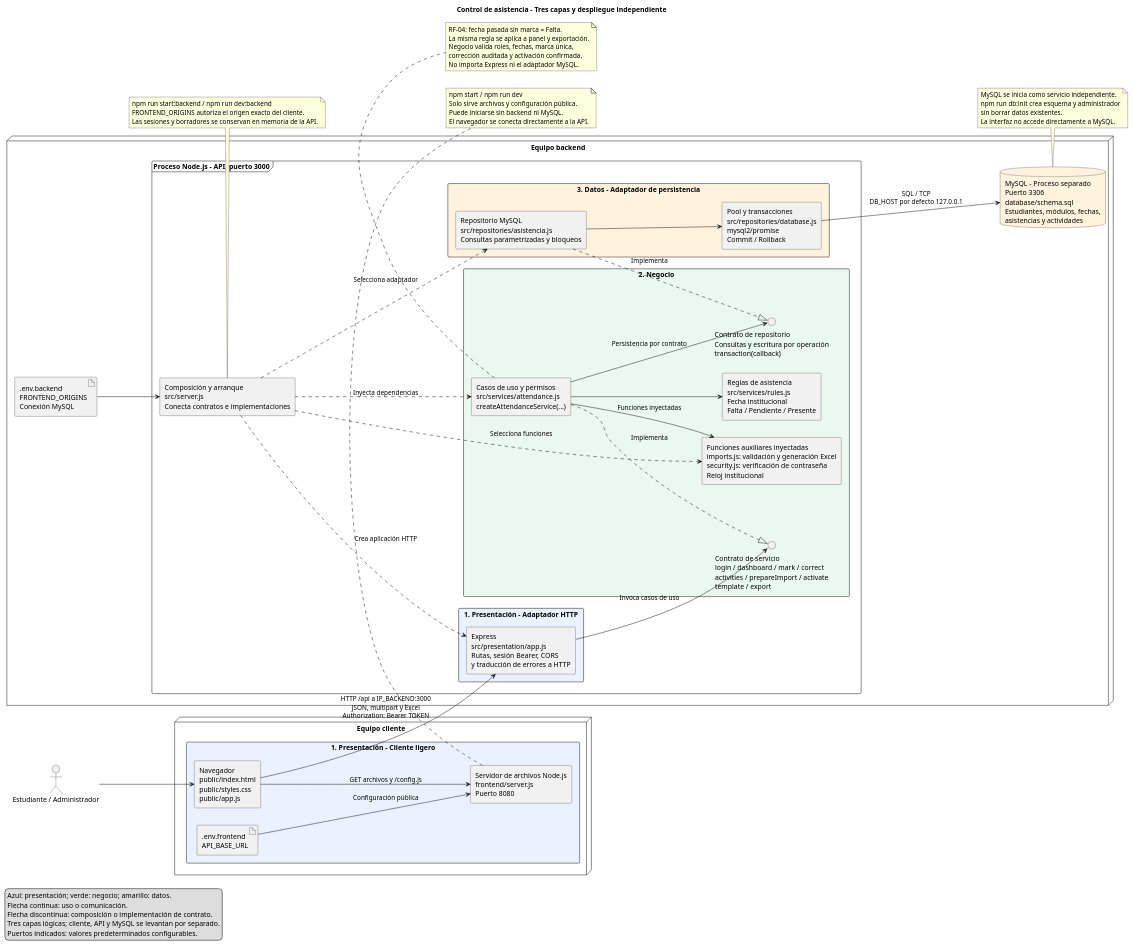
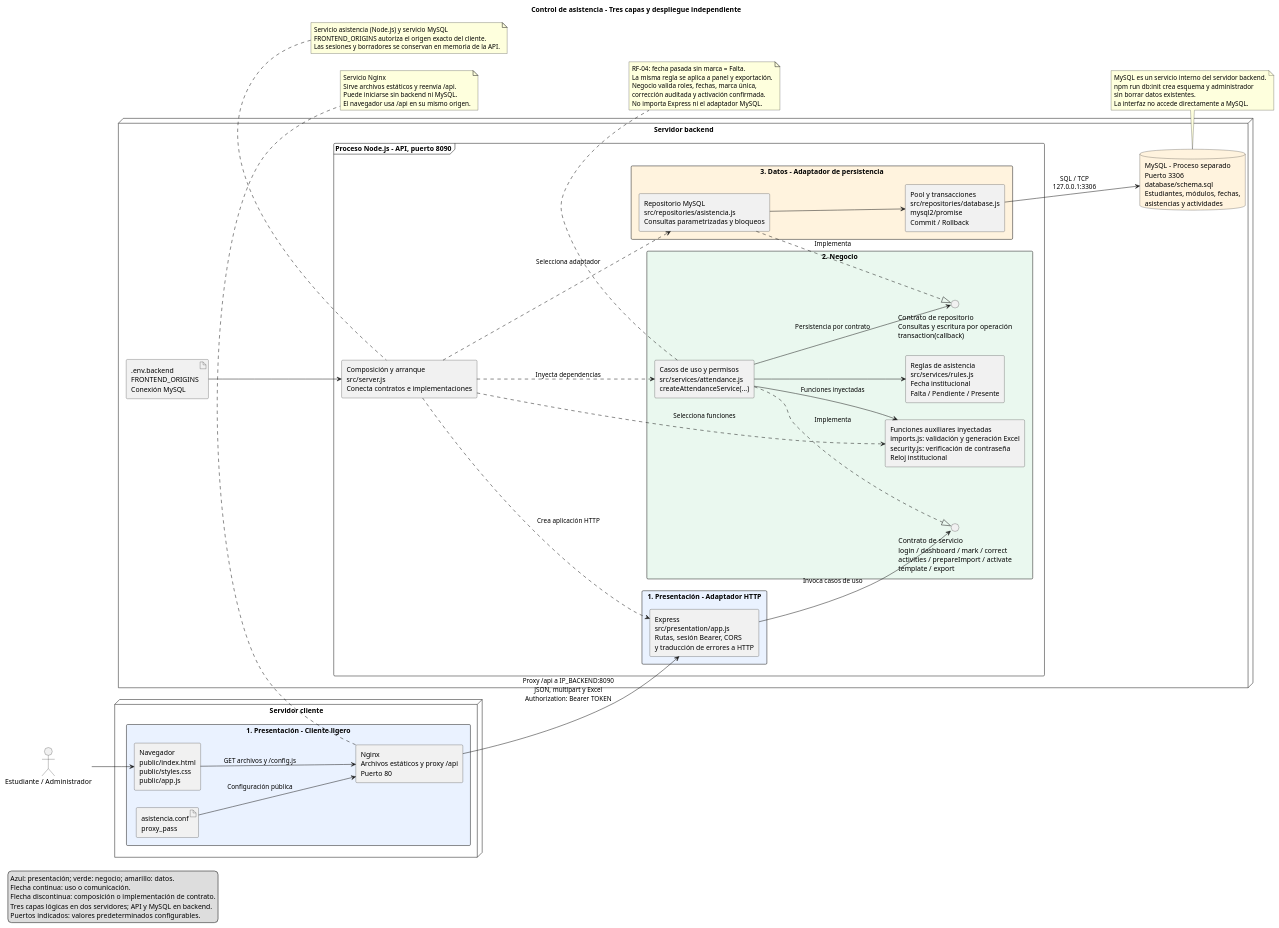
The diagram in docs/arquitectura.puml (masterkof2021/uagrm-asistencia), drawn with PlantUML before and after one commit. The commit also changed 37 other files, not shown here.

```diff
--- a/docs/arquitectura.puml
+++ b/docs/arquitectura.puml
@@ -1,99 +1,99 @@
 @startuml arquitectura
 title Control de asistencia - Tres capas y despliegue independiente
 
 left to right direction
 skinparam componentStyle rectangle
 skinparam shadowing false
 skinparam defaultFontName SansSerif
 skinparam packageStyle rectangle
 
 actor "Estudiante / Administrador" as User
 
-node "Equipo cliente" as Client {
+node "Servidor cliente" as Client {
   package "1. Presentación - Cliente ligero" #EAF2FF {
-    component "Servidor de archivos Node.js\nfrontend/server.js\nPuerto 8080" as Front
+    component "Nginx\nArchivos estáticos y proxy /api\nPuerto 80" as Front
     component "Navegador\npublic/index.html\npublic/styles.css\npublic/app.js" as Browser
-    artifact ".env.frontend\nAPI_BASE_URL" as FrontConfig
+    artifact "asistencia.conf\nproxy_pass" as FrontConfig
   }
 }
 
-node "Equipo backend" as Backend {
-  frame "Proceso Node.js - API, puerto 3000" {
+node "Servidor backend" as Backend {
+  frame "Proceso Node.js - API, puerto 8090" {
     package "1. Presentación - Adaptador HTTP" #EAF2FF {
       component "Express\nsrc/presentation/app.js\nRutas, sesión Bearer, CORS\ny traducción de errores a HTTP" as API
     }
 
     package "2. Negocio" #EAF8EF {
       interface "Contrato de servicio\nlogin / dashboard / mark / correct\nactivities / prepareImport / activate\ntemplate / export" as ServicePort
       component "Casos de uso y permisos\nsrc/services/attendance.js\ncreateAttendanceService(...)" as Service
       component "Reglas de asistencia\nsrc/services/rules.js\nFecha institucional\nFalta / Pendiente / Presente" as Rules
       interface "Contrato de repositorio\nConsultas y escritura por operación\ntransaction(callback)" as RepositoryPort
       component "Funciones auxiliares inyectadas\nimports.js: validación y generación Excel\nsecurity.js: verificación de contraseña\nReloj institucional" as Helpers
     }
 
     package "3. Datos - Adaptador de persistencia" #FFF3DE {
       component "Repositorio MySQL\nsrc/repositories/asistencia.js\nConsultas parametrizadas y bloqueos" as Repository
       component "Pool y transacciones\nsrc/repositories/database.js\nmysql2/promise\nCommit / Rollback" as Connection
     }
 
     component "Composición y arranque\nsrc/server.js\nConecta contratos e implementaciones" as Bootstrap
   }
 
   database "MySQL - Proceso separado\nPuerto 3306\ndatabase/schema.sql\nEstudiantes, módulos, fechas,\nasistencias y actividades" as DB #FFF3DE
   artifact ".env.backend\nFRONTEND_ORIGINS\nConexión MySQL" as BackendConfig
 }
 
 User --> Browser
 Browser --> Front : GET archivos y /config.js
 FrontConfig --> Front : Configuración pública
-Browser --> API : HTTP /api a IP_BACKEND:3000\nJSON, multipart y Excel\nAuthorization: Bearer TOKEN
+Front --> API : Proxy /api a IP_BACKEND:8090\nJSON, multipart y Excel\nAuthorization: Bearer TOKEN
 API --> ServicePort : Invoca casos de uso
 Service ..|> ServicePort : Implementa
 Service --> Rules
 Service --> Helpers : Funciones inyectadas
 Service --> RepositoryPort : Persistencia por contrato
 Repository ..|> RepositoryPort : Implementa
 Repository --> Connection
-Connection --> DB : SQL / TCP\nDB_HOST por defecto 127.0.0.1
+Connection --> DB : SQL / TCP\n127.0.0.1:3306
 BackendConfig --> Bootstrap
 Bootstrap ..> API : Crea aplicación HTTP
 Bootstrap ..> Service : Inyecta dependencias
 Bootstrap ..> Repository : Selecciona adaptador
 Bootstrap ..> Helpers : Selecciona funciones
 
 note bottom of Front
-  npm start / npm run dev
-  Solo sirve archivos y configuración pública.
+  Servicio Nginx
+  Sirve archivos estáticos y reenvía /api.
   Puede iniciarse sin backend ni MySQL.
-  El navegador se conecta directamente a la API.
+  El navegador usa /api en su mismo origen.
 end note
 
 note bottom of Service
   RF-04: fecha pasada sin marca = Falta.
   La misma regla se aplica a panel y exportación.
   Negocio valida roles, fechas, marca única,
   corrección auditada y activación confirmada.
   No importa Express ni el adaptador MySQL.
 end note
 
 note bottom of DB
-  MySQL se inicia como servicio independiente.
+  MySQL es un servicio interno del servidor backend.
   npm run db:init crea esquema y administrador
   sin borrar datos existentes.
   La interfaz no accede directamente a MySQL.
 end note
 
 note top of Bootstrap
-  npm run start:backend / npm run dev:backend
+  Servicio asistencia (Node.js) y servicio MySQL
   FRONTEND_ORIGINS autoriza el origen exacto del cliente.
   Las sesiones y borradores se conservan en memoria de la API.
 end note
 
 legend bottom left
   Azul: presentación; verde: negocio; amarillo: datos.
   Flecha continua: uso o comunicación.
   Flecha discontinua: composición o implementación de contrato.
-  Tres capas lógicas; cliente, API y MySQL se levantan por separado.
+  Tres capas lógicas en dos servidores; API y MySQL en backend.
   Puertos indicados: valores predeterminados configurables.
 endlegend
 @enduml
```
